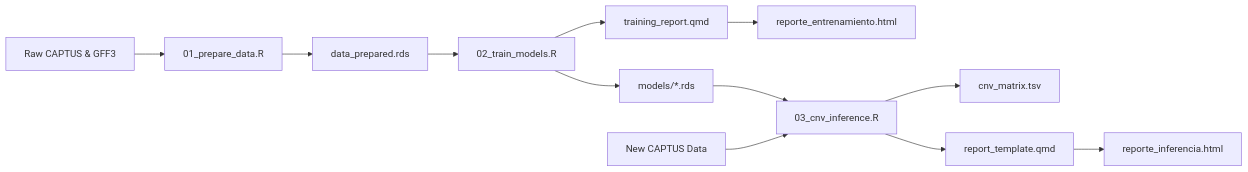
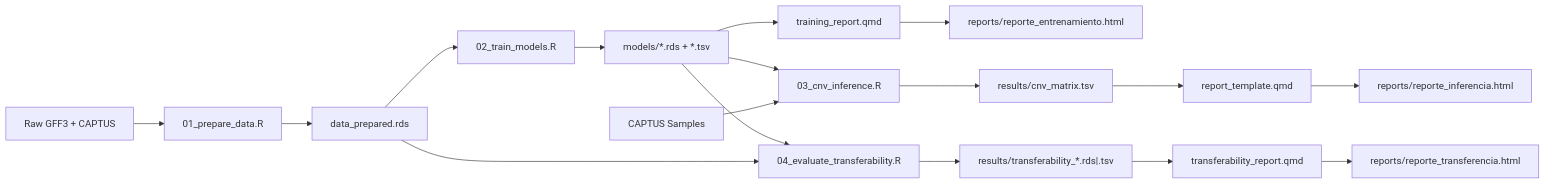
One commit to xyzdiego/TargetCNV-ML changed the diagram in README.md. Above: the diagram before and after it, drawn with Mermaid. The commit also changed other lines of this file and 36 other files, not shown here.

````diff
--- a/README.md
+++ b/README.md
@@ -159,14 +183,19 @@
 ```mermaid
 flowchart LR
-    A["Raw CAPTUS & GFF3"] --> B["01_prepare_data.R"]
+    A["Raw GFF3 + CAPTUS"] --> B["01_prepare_data.R"]
     B --> C["data_prepared.rds"]
     C --> D["02_train_models.R"]
-    D --> E["models/*.rds"]
-    D --> I["training_report.qmd"]
-    I --> J["reporte_entrenamiento.html"]
+    D --> E["models/*.rds + *.tsv"]
+    E --> I["training_report.qmd"]
+    I --> J["reports/reporte_entrenamiento.html"]
     E --> F["03_cnv_inference.R"]
-    G["New CAPTUS Data"] --> F
-    F --> H["cnv_matrix.tsv"]
-    F --> K["report_template.qmd"]
-    K --> L["reporte_inferencia.html"]
+    G["CAPTUS Samples"] --> F
+    F --> H["results/cnv_matrix.tsv"]
+    H --> K["report_template.qmd"]
+    K --> L["reports/reporte_inferencia.html"]
+    E --> M["04_evaluate_transferability.R"]
+    C --> M
+    M --> N["results/transferability_*.rds|.tsv"]
+    N --> O["transferability_report.qmd"]
+    O --> P["reports/reporte_transferencia.html"]
 ```
````
